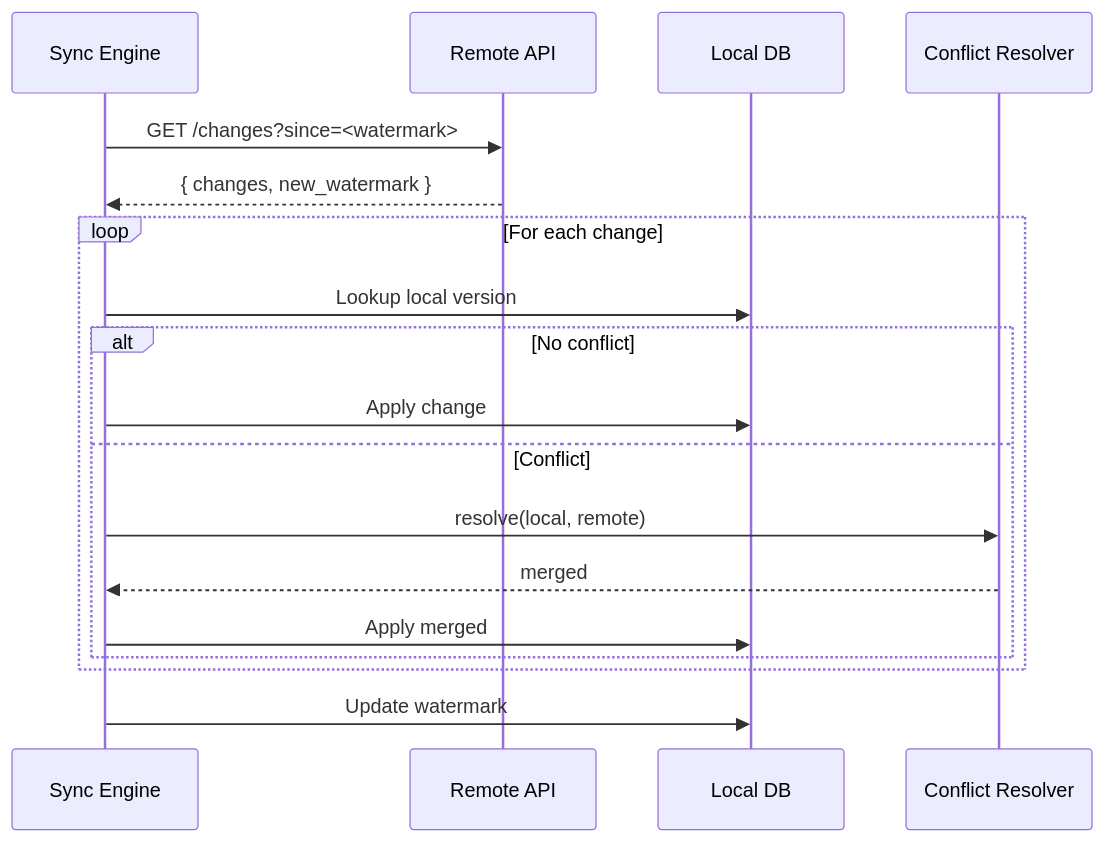
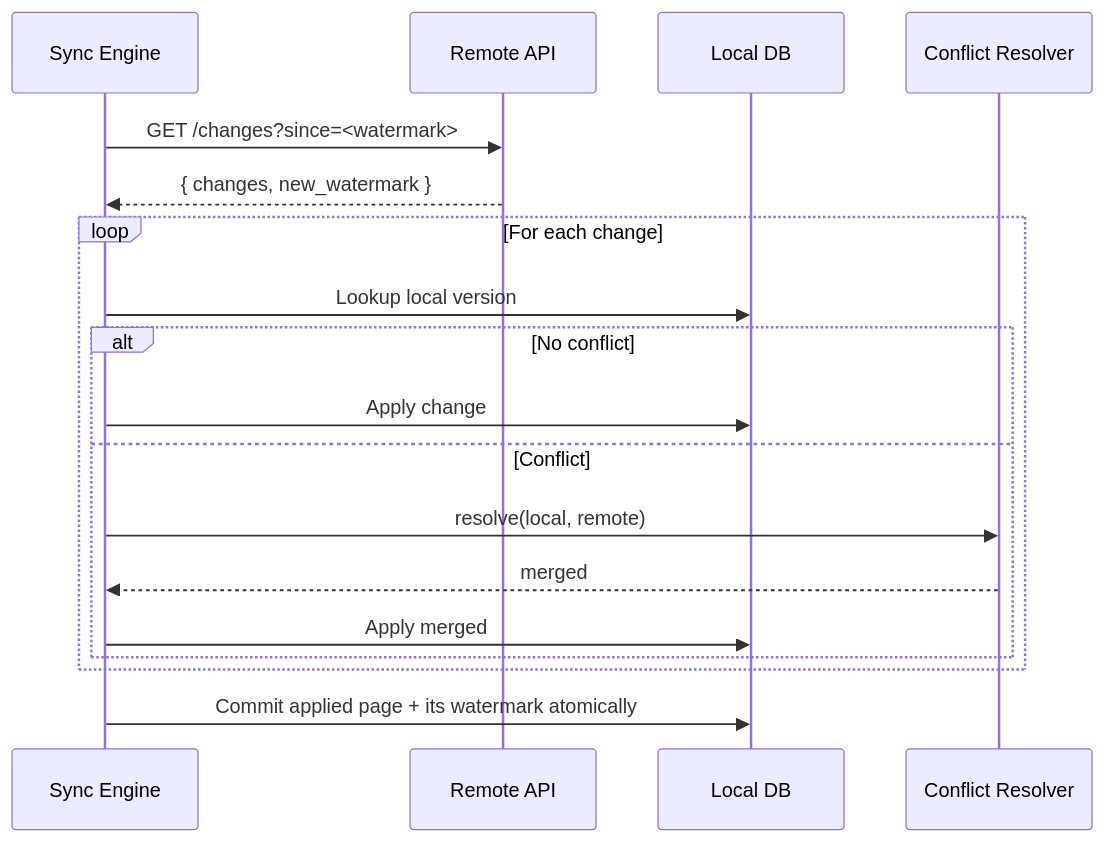
The third of 3 diagrams in reference-architectures/offline-first-app.md (swarnsingh/android-staff-engineer-playbook-website), drawn with Mermaid before and after one commit. The commit also changed other lines of this file and 37 other files, not shown here.

Commit message:
Add the reviewed Reference Architectures chapters to the website

````diff
--- a/reference-architectures/offline-first-app.md
+++ b/reference-architectures/offline-first-app.md
@@ -125,21 +129,21 @@
 ```mermaid
 sequenceDiagram
     participant Sync as Sync Engine
     participant API as Remote API
     participant DB as Local DB
     participant Resolver as Conflict Resolver
 
     Sync->>API: GET /changes?since=<watermark>
     API-->>Sync: { changes, new_watermark }
     loop For each change
         Sync->>DB: Lookup local version
         alt No conflict
             Sync->>DB: Apply change
         else Conflict
             Sync->>Resolver: resolve(local, remote)
             Resolver-->>Sync: merged
             Sync->>DB: Apply merged
         end
     end
-    Sync->>DB: Update watermark
+    Sync->>DB: Commit applied page + its watermark atomically
 ```
````
